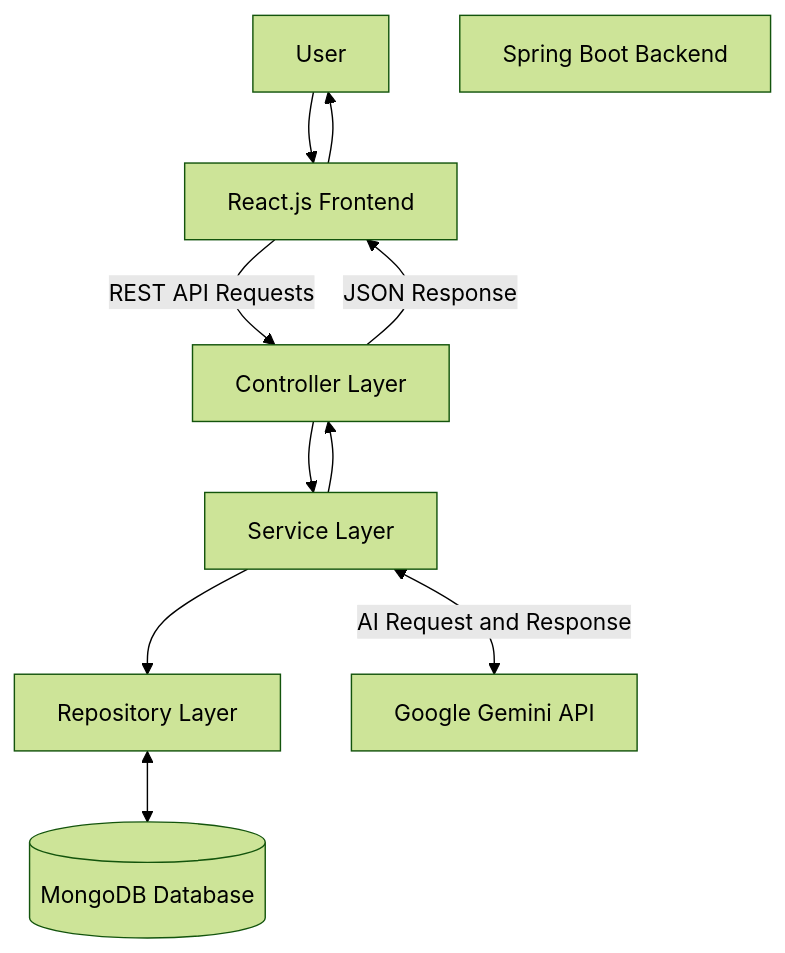
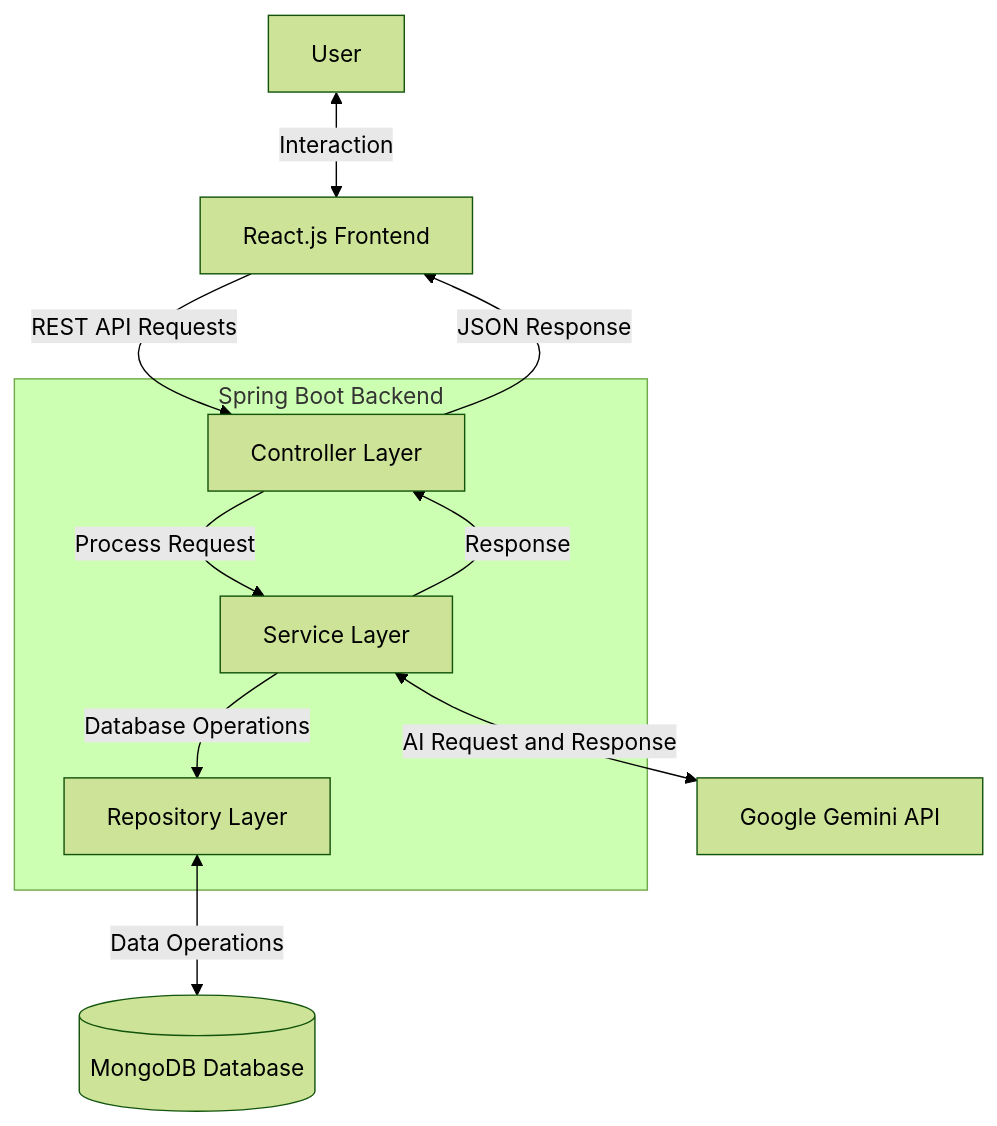
One commit to Snadip2929/ai-powered-kanban-planner changed the first of 6 diagrams in documentation/System_Design.md. Above: the diagram before and after it, drawn with Mermaid (forest theme).

````diff
--- a/documentation/System_Design.md
+++ b/documentation/System_Design.md
@@ -15,25 +15,25 @@
 ```mermaid
+
 flowchart TD
     U[User]
     FE[React.js Frontend]
-    BE[Spring Boot Backend]
 
-    C[Controller Layer]
-    S[Service Layer]
-    R[Repository Layer]
+    subgraph BE[Spring Boot Backend]
+        C[Controller Layer]
+        S[Service Layer]
+        R[Repository Layer]
+    end
 
     DB[(MongoDB Database)]
     AI[Google Gemini API]
 
-    U --> FE
+    U <-->|Interaction| FE
     FE -->|REST API Requests| C
-    C --> S
-    S --> R
-    R <--> DB
+    C -->|Process Request| S
+    S -->|Database Operations| R
+    R <-->|Data Operations| DB
+    S <-->|AI Request and Response| AI
+    S -->|Response| C
+    C -->|JSON Response| FE
 
-    S <-->|AI Request and Response| AI
-
-    S --> C
-    C -->|JSON Response| FE
-    FE --> U
 ```
````
